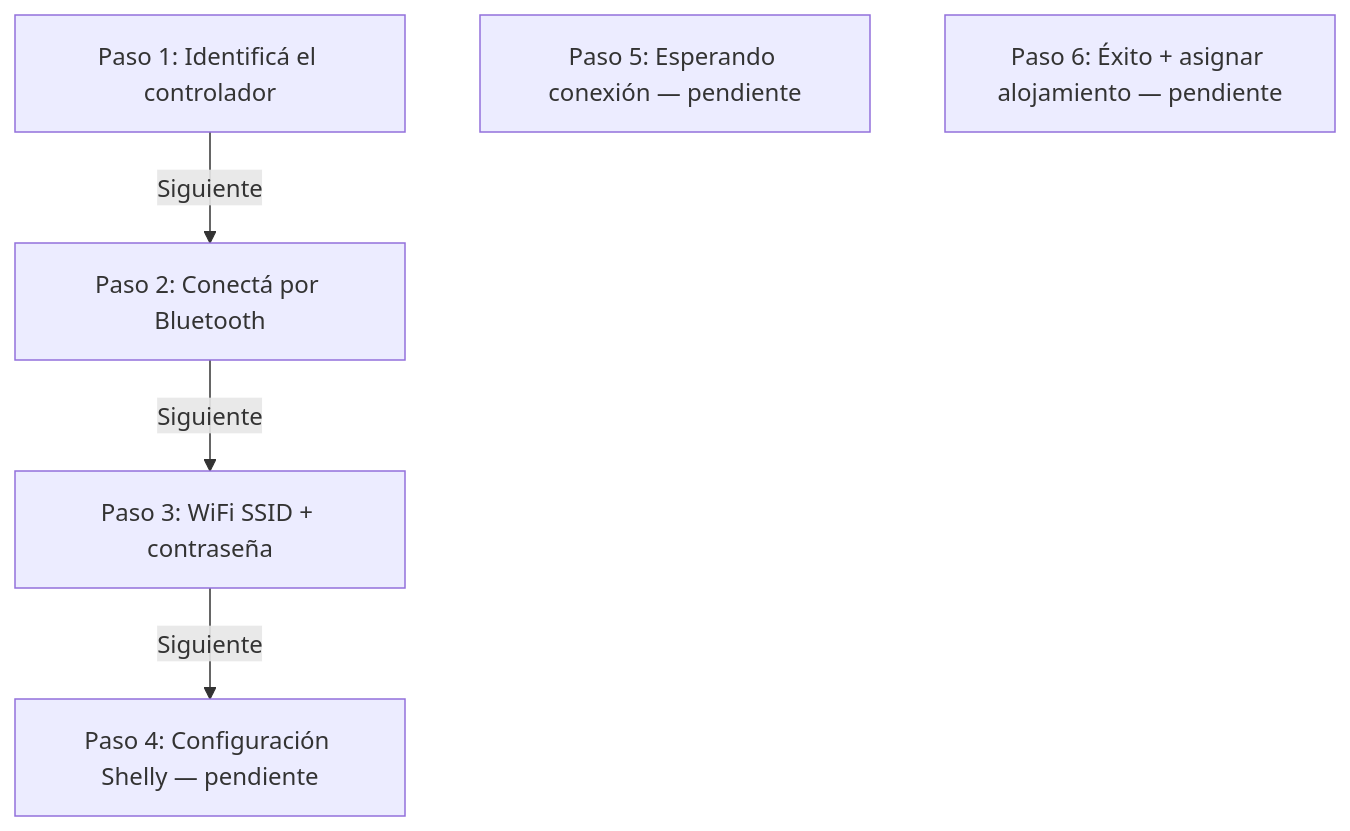
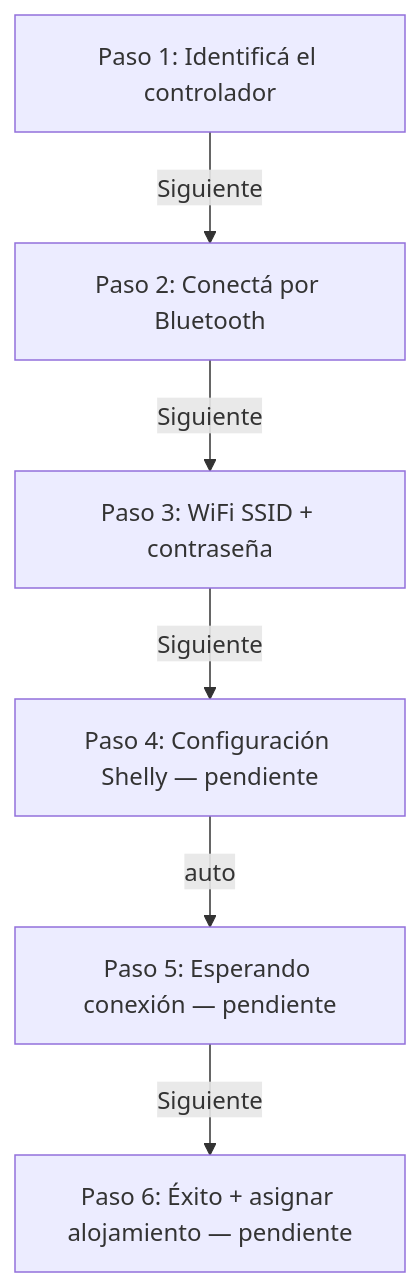
One commit to Maurix09/habitergy-link-android changed the diagram in AGENTS.md. Above: the diagram before and after it, drawn with Mermaid. The commit also changed other lines of this file and 16 other files, not shown here.

````diff
--- a/AGENTS.md
+++ b/AGENTS.md
@@ -140,13 +140,15 @@
 ```mermaid
 flowchart TD
   S1[Paso 1: Identificá el controlador]
   S2[Paso 2: Conectá por Bluetooth]
   S3[Paso 3: WiFi SSID + contraseña]
   S4[Paso 4: Configuración Shelly — pendiente]
   S5[Paso 5: Esperando conexión — pendiente]
   S6[Paso 6: Éxito + asignar alojamiento — pendiente]
 
   S1 -->|Siguiente| S2
   S2 -->|Siguiente| S3
   S3 -->|Siguiente| S4
+  S4 -->|auto| S5
+  S5 -->|Siguiente| S6
 ```
````
